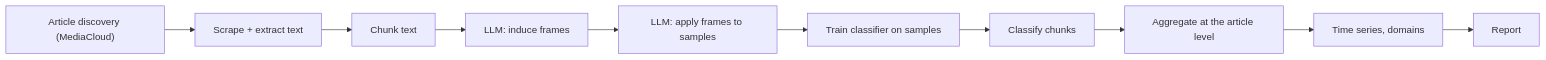
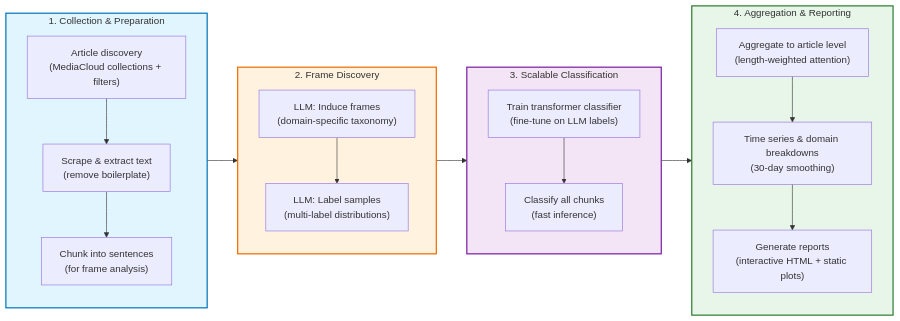
The diagram in docs/posts/narrative_framing.md (hubert-thieriot/effective-advocacy-project), drawn with Mermaid before and after one commit. The commit also changed other lines of this file and 8 other files, not shown here.

````diff
--- a/docs/posts/narrative_framing.md
+++ b/docs/posts/narrative_framing.md
@@ -80,12 +106,40 @@
 ```mermaid
 flowchart LR
-  A["Article discovery (MediaCloud)"] --> A2[Scrape + extract text]
-  A2 --> B[Chunk text]
-  B --> C[LLM: induce frames]
-  C --> D[LLM: apply frames to samples]
-  D --> E[Train classifier on samples]
-  E --> F[Classify chunks]
-  F --> G["Aggregate at the article level"]
-  G --> H[Time series, domains]
-  H --> I[Report]
+    subgraph Collection["1. Collection & Preparation"]
+        direction TB
+        A["Article discovery<br/>(MediaCloud collections + filters)"] 
+        A2["Scrape & extract text<br/>(remove boilerplate)"]
+        B["Chunk into sentences<br/>(for frame analysis)"]
+        A --> A2 --> B
+    end
+    
+    subgraph Discovery["2. Frame Discovery"]
+        direction TB
+        C["LLM: Induce frames<br/>(domain-specific taxonomy)"]
+        D["LLM: Label samples<br/>(multi-label distributions)"]
+        C --> D
+    end
+    
+    subgraph Classification["3. Scalable Classification"]
+        direction TB
+        E["Train transformer classifier<br/>(fine-tune on LLM labels)"]
+        F["Classify all chunks<br/>(fast inference)"]
+        E --> F
+    end
+    
+    subgraph Analysis["4. Aggregation & Reporting"]
+        direction TB
+        G["Aggregate to article level<br/>(length-weighted attention)"]
+        H["Time series & domain breakdowns<br/>(30-day smoothing)"]
+        I["Generate reports<br/>(interactive HTML + static plots)"]
+        G --> H --> I
+    end
+    
+    B --> C
+    D --> E
+    F --> G
+    style Collection fill:#e1f5ff,stroke:#0277bd,stroke-width:2px
+    style Discovery fill:#fff3e0,stroke:#ef6c00,stroke-width:2px
+    style Classification fill:#f3e5f5,stroke:#7b1fa2,stroke-width:2px
+    style Analysis fill:#e8f5e9,stroke:#2e7d32,stroke-width:2px
 ```
````
